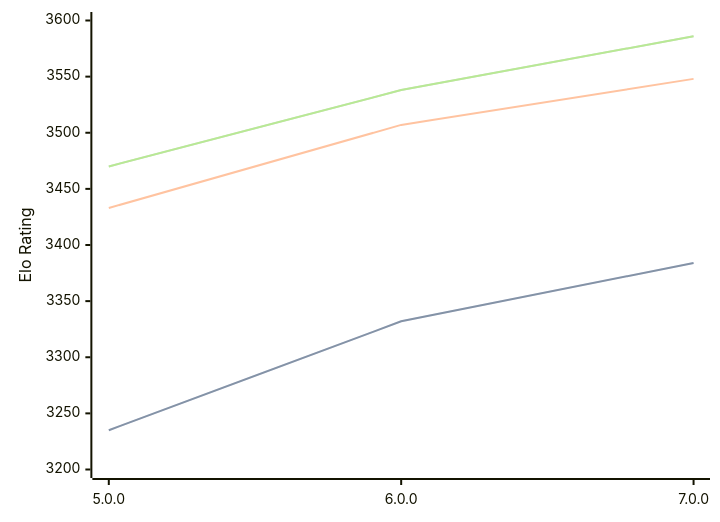
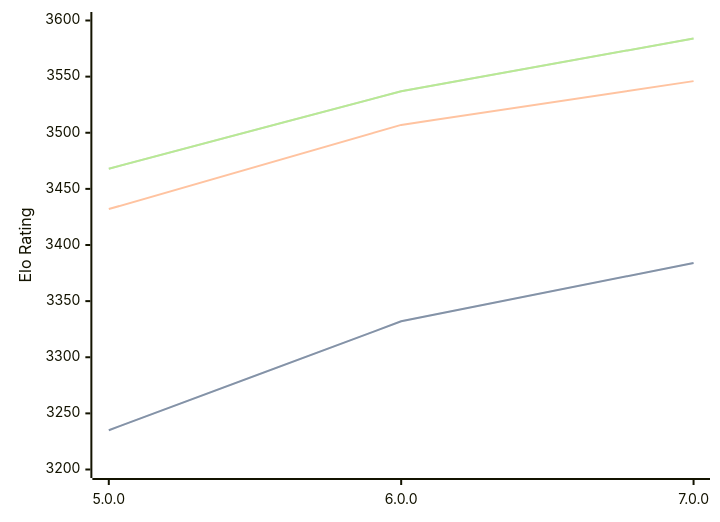
The diagram in engines/Stormphrax.md (computer-chess-index/cci), drawn with Mermaid before and after one commit. The commit also changed other lines of this file, not shown here.

Commit message:
Update CCI Ratings (ELO VLTC) - 2026-04-17

````diff
--- a/engines/Stormphrax.md
+++ b/engines/Stormphrax.md
@@ -38,11 +38,11 @@
 ```mermaid
 %%{init: {"theme":"base","themeVariables":{"seriesColors:['#a3a3a3','#222221','#faa371']}}}%%
 xychart-beta
   x-axis ["5.0.0", "6.0.0", "7.0.0"]
   y-axis "Elo Rating" 3200 --> 3600
   line "STC (8.0+0.08s)" [3235, 3332, 3384]
   line "STC (8.0+0.08s)" [3235, 3332, 3384]
-  line "LTC (60.0+0.60s)" [3433, 3507, 3548]
-  line "VLTC (2m24s+1.12s)" [3470, 3538, 3586]
-  line "VLTC (2m24s+1.12s)" [3470, 3538, 3586]
+  line "LTC (60.0+0.60s)" [3432, 3507, 3546]
+  line "VLTC (2m24s+1.12s)" [3468, 3537, 3584]
+  line "VLTC (2m24s+1.12s)" [3468, 3537, 3584]
 ```
````
